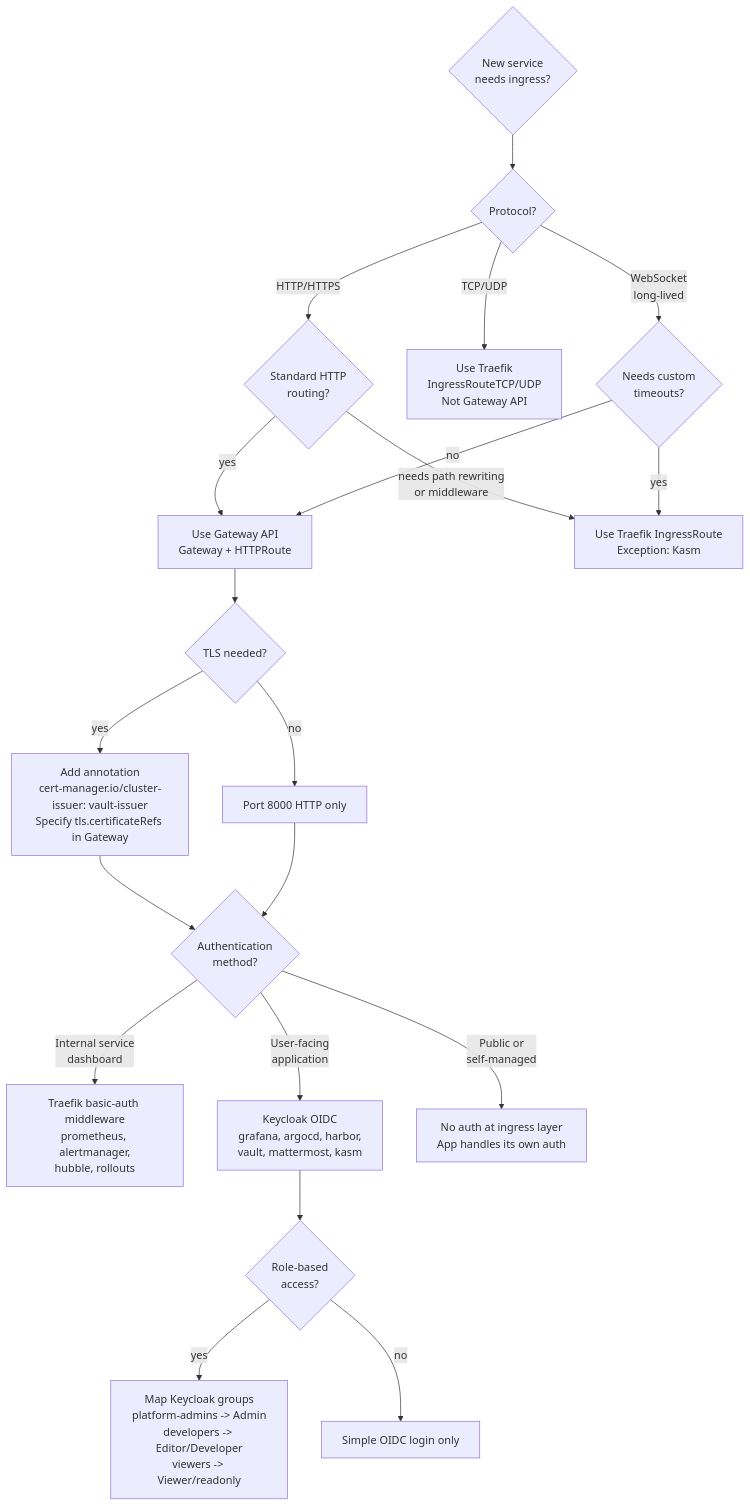
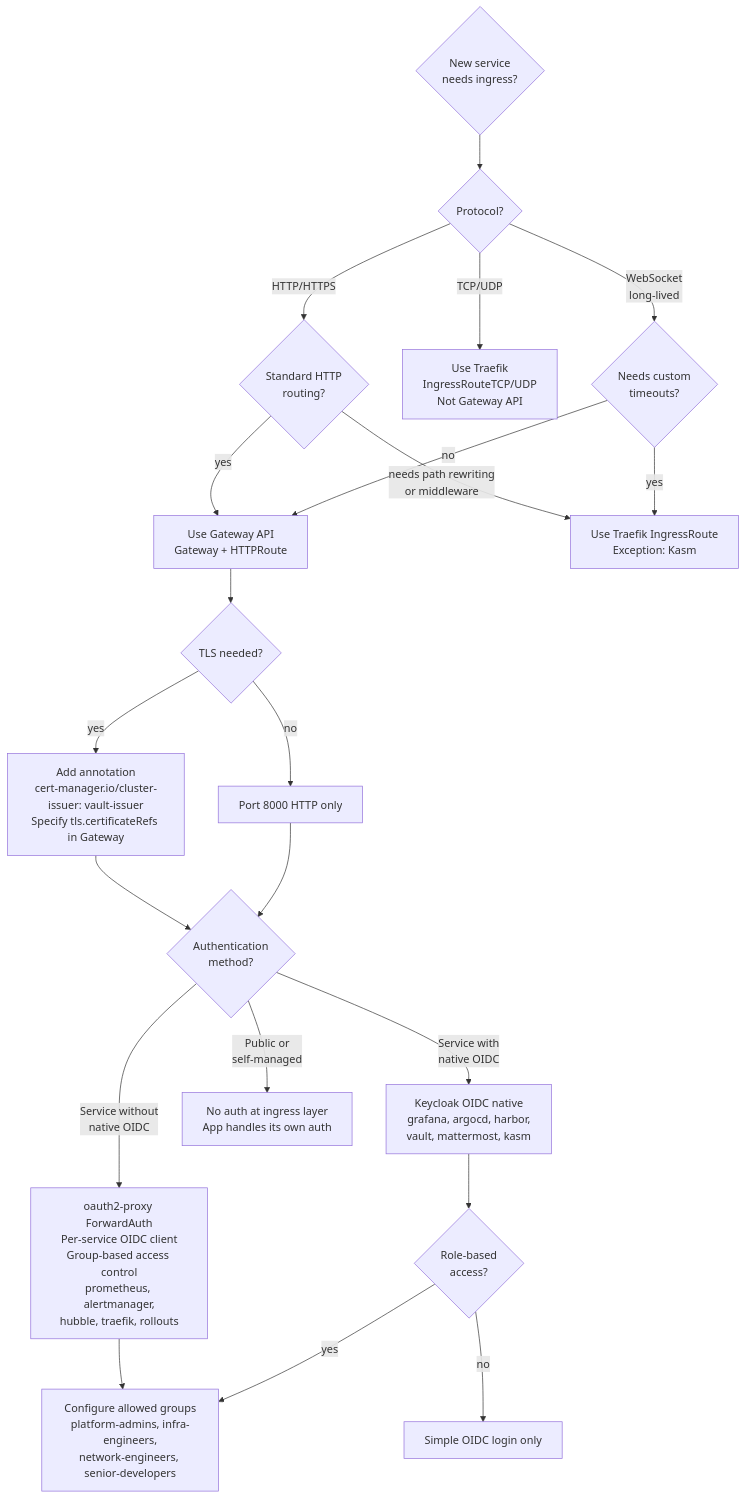
Diagram 16 of 23 in docs/engineering/flow-charts.md (derhornspieler/harvester-rke2-platform), drawn with Mermaid before and after one commit. The commit also changed other lines of this file and 11 other files, not shown here.

````diff
--- a/docs/engineering/flow-charts.md
+++ b/docs/engineering/flow-charts.md
@@ -1020,30 +1020,31 @@
 ```mermaid
 flowchart TD
     Start{New service<br/>needs ingress?} --> Proto{Protocol?}
 
     Proto -->|HTTP/HTTPS| GatewayCheck{Standard HTTP<br/>routing?}
     Proto -->|TCP/UDP| TCPNote[Use Traefik<br/>IngressRouteTCP/UDP<br/>Not Gateway API]
     Proto -->|WebSocket<br/>long-lived| WSCheck{Needs custom<br/>timeouts?}
 
     GatewayCheck -->|yes| Gateway[Use Gateway API<br/>Gateway + HTTPRoute]
     GatewayCheck -->|needs path rewriting<br/>or middleware| IngressRoute[Use Traefik IngressRoute<br/>Exception: Kasm]
 
     WSCheck -->|yes| IngressRoute
     WSCheck -->|no| Gateway
 
     Gateway --> TLS{TLS needed?}
     TLS -->|yes| Annotation[Add annotation<br/>cert-manager.io/cluster-issuer: vault-issuer<br/>Specify tls.certificateRefs in Gateway]
     TLS -->|no| NoTLS[Port 8000 HTTP only]
 
     Annotation --> Auth
     NoTLS --> Auth
 
     Auth{Authentication<br/>method?}
-    Auth -->|Internal service<br/>dashboard| BasicAuth[Traefik basic-auth middleware<br/>prometheus, alertmanager,<br/>hubble, rollouts]
-    Auth -->|User-facing<br/>application| OIDC[Keycloak OIDC<br/>grafana, argocd, harbor,<br/>vault, mattermost, kasm]
+    Auth -->|Service without<br/>native OIDC| ForwardAuth[oauth2-proxy ForwardAuth<br/>Per-service OIDC client<br/>Group-based access control<br/>prometheus, alertmanager,<br/>hubble, traefik, rollouts]
+    Auth -->|Service with<br/>native OIDC| OIDC[Keycloak OIDC native<br/>grafana, argocd, harbor,<br/>vault, mattermost, kasm]
     Auth -->|Public or<br/>self-managed| None[No auth at ingress layer<br/>App handles its own auth]
 
+    ForwardAuth --> Groups[Configure allowed groups<br/>platform-admins, infra-engineers,<br/>network-engineers, senior-developers]
     OIDC --> GroupMapping{Role-based<br/>access?}
-    GroupMapping -->|yes| Groups[Map Keycloak groups<br/>platform-admins -> Admin<br/>developers -> Editor/Developer<br/>viewers -> Viewer/readonly]
+    GroupMapping -->|yes| Groups
     GroupMapping -->|no| Simple[Simple OIDC login only]
 ```
````
